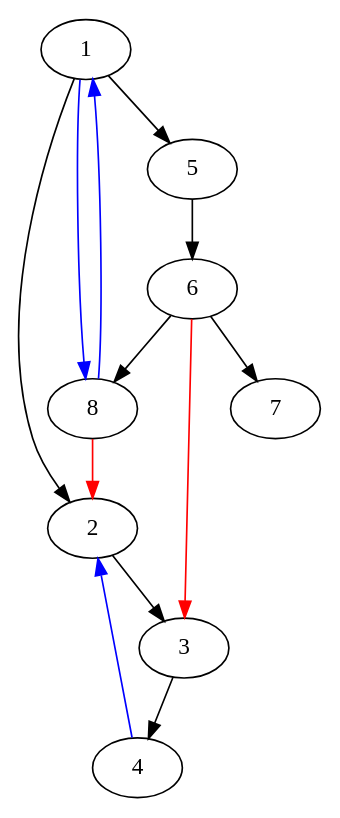
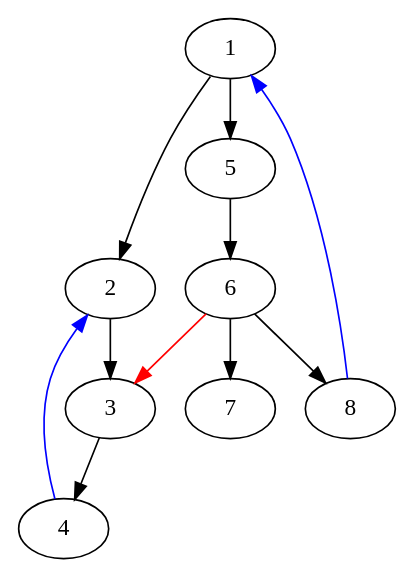
Before and after one commit to L0rdLizard/suai: the diagram in labs/lab20-1/graph.gv, drawn with Graphviz. The commit also changed 1 other file, not shown here.

```diff
--- a/labs/lab20-1/graph.gv
+++ b/labs/lab20-1/graph.gv
@@ -1,14 +1,12 @@
 digraph G {
   1 -> 2 [color=black]
   1 -> 5 [color=black]
-  1 -> 8 [color=blue]
   2 -> 3 [color=black]
   3 -> 4 [color=black]
   4 -> 2 [color=blue]
   5 -> 6 [color=black]
   6 -> 3 [color=red]
   6 -> 7 [color=black]
   6 -> 8 [color=black]
   8 -> 1 [color=blue]
-  8 -> 2 [color=red]
 }
```
